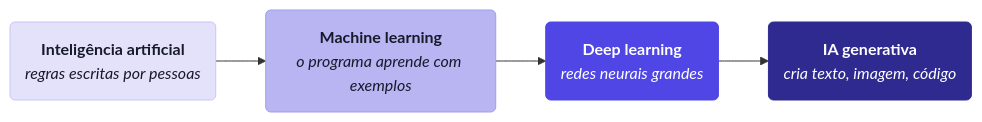
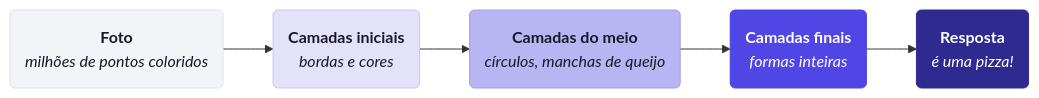
The diagram in aula-06-universo-da-ia/README.md (klein-natan/IA-Dados-GitBook), drawn with Mermaid before and after one commit. The commit also changed other lines of this file and 58 other files, not shown here.

````diff
--- a/aula-06-universo-da-ia/README.md
+++ b/aula-06-universo-da-ia/README.md
@@ -11,15 +29,18 @@
 ```mermaid
 %%{init:{"theme":"base","themeVariables":{"fontFamily":"'Segoe UI',Inter,Helvetica,Arial,sans-serif","fontSize":"15px","primaryColor":"#F3F4F8","primaryTextColor":"#171A2B","primaryBorderColor":"#DFE2EA","lineColor":"#8C90A6","secondaryColor":"#E4E2FB","tertiaryColor":"#FFFFFF","clusterBkg":"#F7F8FB","clusterBorder":"#DFE2EA","edgeLabelBackground":"#FFFFFF"},"flowchart":{"nodeSpacing":28,"rankSpacing":38,"padding":14,"curve":"basis"}}}%%
 flowchart LR
-    A("<b>Inteligência artificial</b><br/><i>regras escritas por pessoas</i>") --> B("<b>Machine learning</b><br/><i>o programa aprende com exemplos</i>")
-    B --> C("<b>Deep learning</b><br/><i>redes neurais grandes</i>")
-    C --> D("<b>IA generativa</b><br/><i>cria texto, imagem, código</i>")
+    A("<b>Foto</b><br/><i>milhões de pontos coloridos</i>") --> B("<b>Camadas iniciais</b><br/><i>bordas e cores</i>")
+    B --> C("<b>Camadas do meio</b><br/><i>círculos, manchas de queijo</i>")
+    C --> D("<b>Camadas finais</b><br/><i>formas inteiras</i>")
+    D --> E("<b>Resposta</b><br/><i>é uma pizza!</i>")
+    classDef neutro fill:#F3F4F8,stroke:#DFE2EA,color:#171A2B;
     classDef claro fill:#E4E2FB,stroke:#C9C5F5,color:#171A2B;
     classDef medio fill:#B9B5F2,stroke:#A29DEB,color:#171A2B;
     classDef forte fill:#4F46E5,stroke:#4F46E5,color:#FFFFFF;
     classDef destaque fill:#2F2A8F,stroke:#2F2A8F,color:#FFFFFF;
-    class A claro
-    class B medio
-    class C forte
-    class D destaque
+    class A neutro
+    class B claro
+    class C medio
+    class D forte
+    class E destaque
 ```
````
